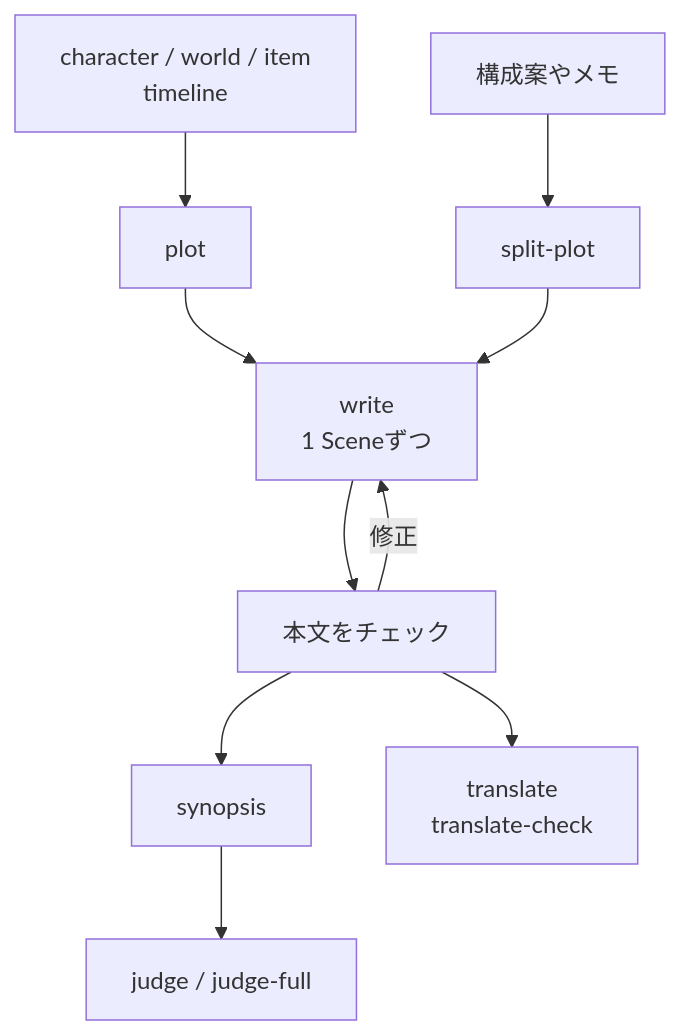
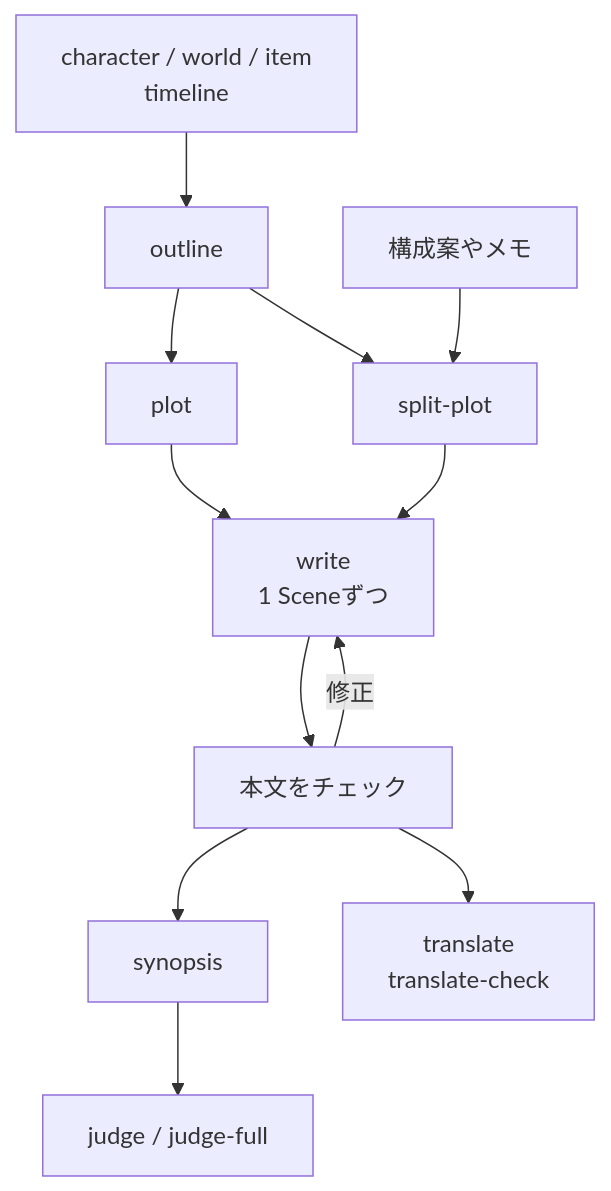
The diagram in domains/story/README.ja.md (omni-stove/skill-kit), drawn with Mermaid before and after one commit. The commit also changed other lines of this file and 9 other files, not shown here.

````diff
--- a/domains/story/README.ja.md
+++ b/domains/story/README.ja.md
@@ -8,12 +8,14 @@
 ```mermaid
 flowchart TD
-  settings[character / world / item<br/>timeline] --> plot[plot]
+  settings[character / world / item<br/>timeline] --> outline[outline]
+  outline --> plot[plot]
+  outline --> split
   memo[構成案やメモ] --> split[split-plot]
   plot --> write
   split --> write[write<br/>1 Sceneずつ]
   write --> checks[本文をチェック]
   checks -- "修正" --> write
   checks --> synopsis[synopsis]
   synopsis --> judge[judge / judge-full]
   checks --> translate[translate<br/>translate-check]
 ```
````
